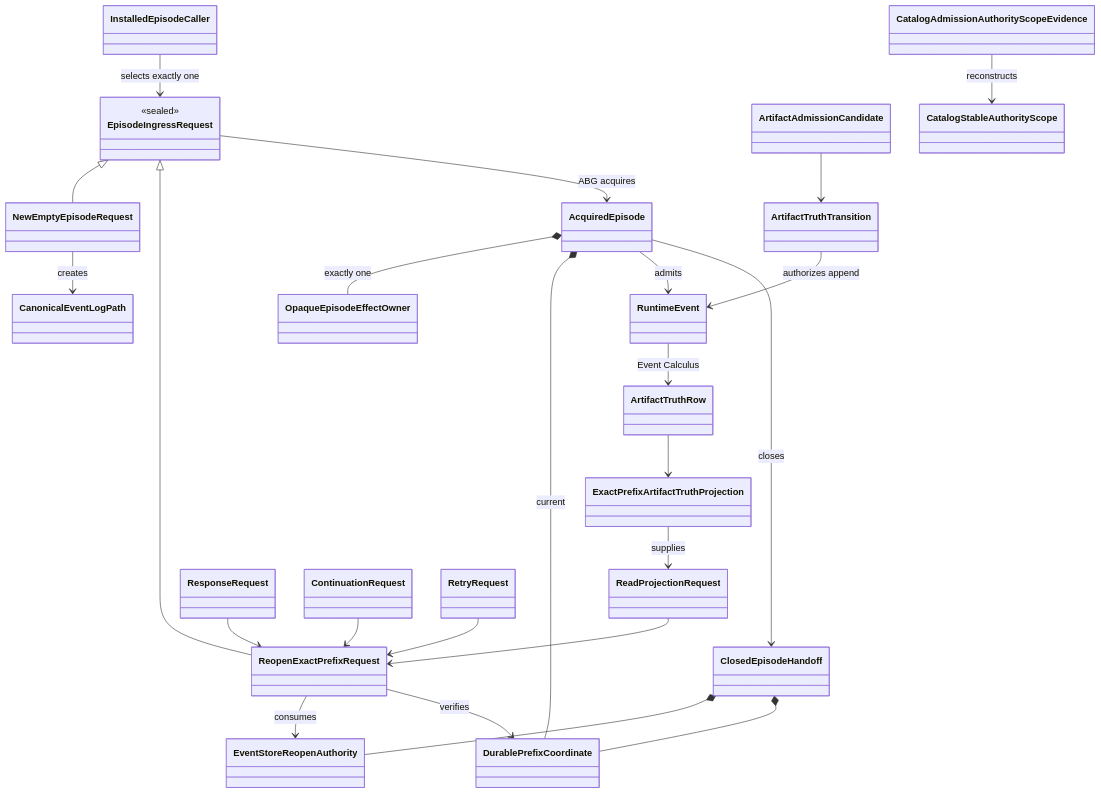
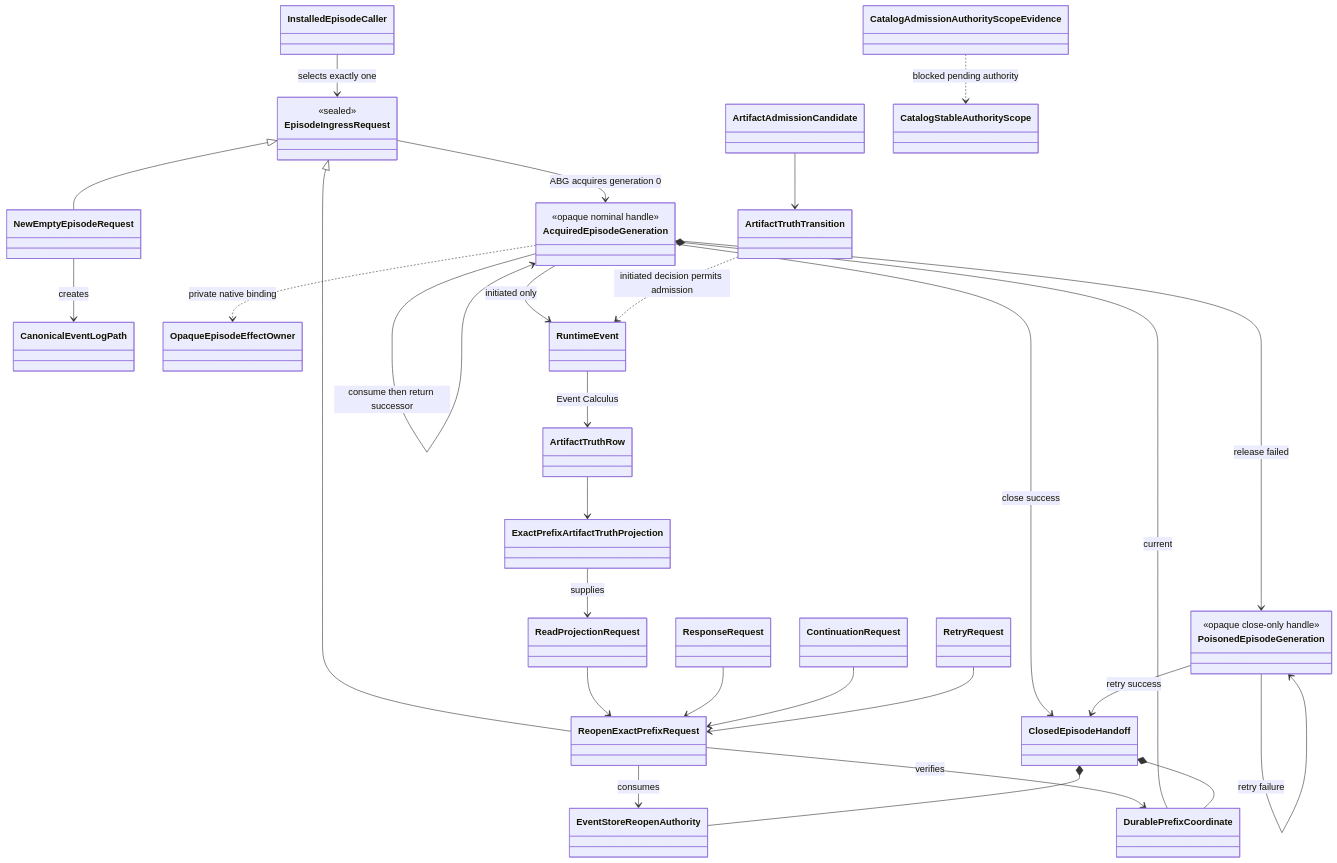
One commit to foolishimp/abiogenesis changed the first of 3 diagrams in build_tenants/abiogenesis/typescript/design/M05_S06_AXIOMATIC_AUTHORITY_AND_EXACT_PUBLIC_CONSTRUCTION_DESIGN.md. Above: the diagram before and after it, drawn with Mermaid. The commit also changed other lines of this file, not shown here.

Commit message:
design(w1): linearize episode authority

````diff
--- a/build_tenants/abiogenesis/typescript/design/M05_S06_AXIOMATIC_AUTHORITY_AND_EXACT_PUBLIC_CONSTRUCTION_DESIGN.md
+++ b/build_tenants/abiogenesis/typescript/design/M05_S06_AXIOMATIC_AUTHORITY_AND_EXACT_PUBLIC_CONSTRUCTION_DESIGN.md
@@ -266,50 +273,59 @@
 ```mermaid
 classDiagram
   class InstalledEpisodeCaller
   class EpisodeIngressRequest {
     <<sealed>>
   }
   class NewEmptyEpisodeRequest
   class ReopenExactPrefixRequest
   class CanonicalEventLogPath
   class EventStoreReopenAuthority
   class OpaqueEpisodeEffectOwner
   class DurablePrefixCoordinate
-  class AcquiredEpisode
+  class AcquiredEpisodeGeneration {
+    <<opaque nominal handle>>
+  }
+  class PoisonedEpisodeGeneration {
+    <<opaque close-only handle>>
+  }
   class ClosedEpisodeHandoff
   class RuntimeEvent
   class ArtifactAdmissionCandidate
   class ArtifactTruthTransition
   class ArtifactTruthRow
   class ExactPrefixArtifactTruthProjection
   class CatalogStableAuthorityScope
   class CatalogAdmissionAuthorityScopeEvidence
   class ReadProjectionRequest
   class ResponseRequest
   class ContinuationRequest
   class RetryRequest
 
   EpisodeIngressRequest <|-- NewEmptyEpisodeRequest
   EpisodeIngressRequest <|-- ReopenExactPrefixRequest
   InstalledEpisodeCaller --> EpisodeIngressRequest : selects exactly one
   NewEmptyEpisodeRequest --> CanonicalEventLogPath : creates
   ReopenExactPrefixRequest --> EventStoreReopenAuthority : consumes
   ReopenExactPrefixRequest --> DurablePrefixCoordinate : verifies
-  EpisodeIngressRequest --> AcquiredEpisode : ABG acquires
-  AcquiredEpisode *-- OpaqueEpisodeEffectOwner : exactly one
-  AcquiredEpisode *-- DurablePrefixCoordinate : current
-  AcquiredEpisode --> RuntimeEvent : admits
-  AcquiredEpisode --> ClosedEpisodeHandoff : closes
+  EpisodeIngressRequest --> AcquiredEpisodeGeneration : ABG acquires generation 0
+  AcquiredEpisodeGeneration ..> OpaqueEpisodeEffectOwner : private native binding
+  AcquiredEpisodeGeneration *-- DurablePrefixCoordinate : current
+  AcquiredEpisodeGeneration --> AcquiredEpisodeGeneration : consume then return successor
+  AcquiredEpisodeGeneration --> RuntimeEvent : initiated only
+  AcquiredEpisodeGeneration --> PoisonedEpisodeGeneration : release failed
+  AcquiredEpisodeGeneration --> ClosedEpisodeHandoff : close success
+  PoisonedEpisodeGeneration --> PoisonedEpisodeGeneration : retry failure
+  PoisonedEpisodeGeneration --> ClosedEpisodeHandoff : retry success
   ClosedEpisodeHandoff *-- EventStoreReopenAuthority
   ClosedEpisodeHandoff *-- DurablePrefixCoordinate
   ArtifactAdmissionCandidate --> ArtifactTruthTransition
-  ArtifactTruthTransition --> RuntimeEvent : authorizes append
+  ArtifactTruthTransition ..> RuntimeEvent : initiated decision permits admission
   RuntimeEvent --> ArtifactTruthRow : Event Calculus
   ArtifactTruthRow --> ExactPrefixArtifactTruthProjection
-  CatalogAdmissionAuthorityScopeEvidence --> CatalogStableAuthorityScope : reconstructs
+  CatalogAdmissionAuthorityScopeEvidence ..> CatalogStableAuthorityScope : blocked pending authority
   ReadProjectionRequest --> ReopenExactPrefixRequest
   ResponseRequest --> ReopenExactPrefixRequest
   ContinuationRequest --> ReopenExactPrefixRequest
   RetryRequest --> ReopenExactPrefixRequest
   ExactPrefixArtifactTruthProjection --> ReadProjectionRequest : supplies
 ```
````
